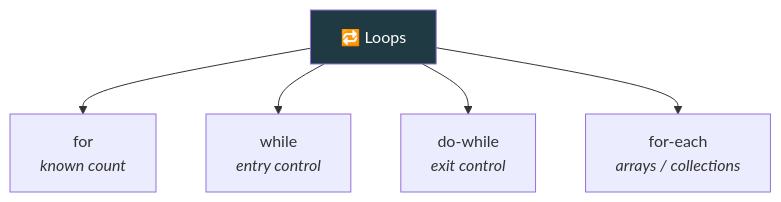
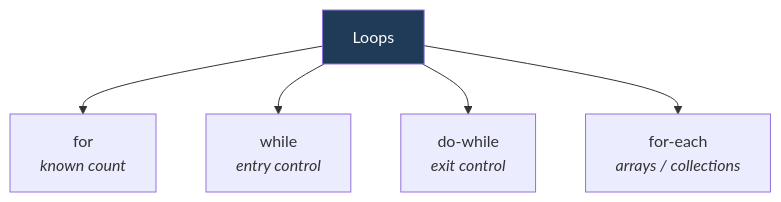
One commit to kundankumarsharma56/Leaning-Java changed the first of 4 diagrams in src/Theory/03-Operators-and-Control-Statements/04-Looping-Statements.md. Above: the diagram before and after it, drawn with Mermaid. The commit also changed other lines of this file and 84 other files, not shown here.

````diff
--- a/src/Theory/03-Operators-and-Control-Statements/04-Looping-Statements.md
+++ b/src/Theory/03-Operators-and-Control-Statements/04-Looping-Statements.md
@@ -21,8 +21,8 @@
 ```mermaid
 flowchart TD
-    L["🔁 Loops"] --> F["for<br/><i>known count</i>"]
+    L["Loops"] --> F["for<br/><i>known count</i>"]
     L --> W["while<br/><i>entry control</i>"]
     L --> D["do-while<br/><i>exit control</i>"]
     L --> E["for-each<br/><i>arrays / collections</i>"]
-    style L fill:#203a43,color:#fff
+    style L fill:#1f3b57,color:#fff
 ```
````
